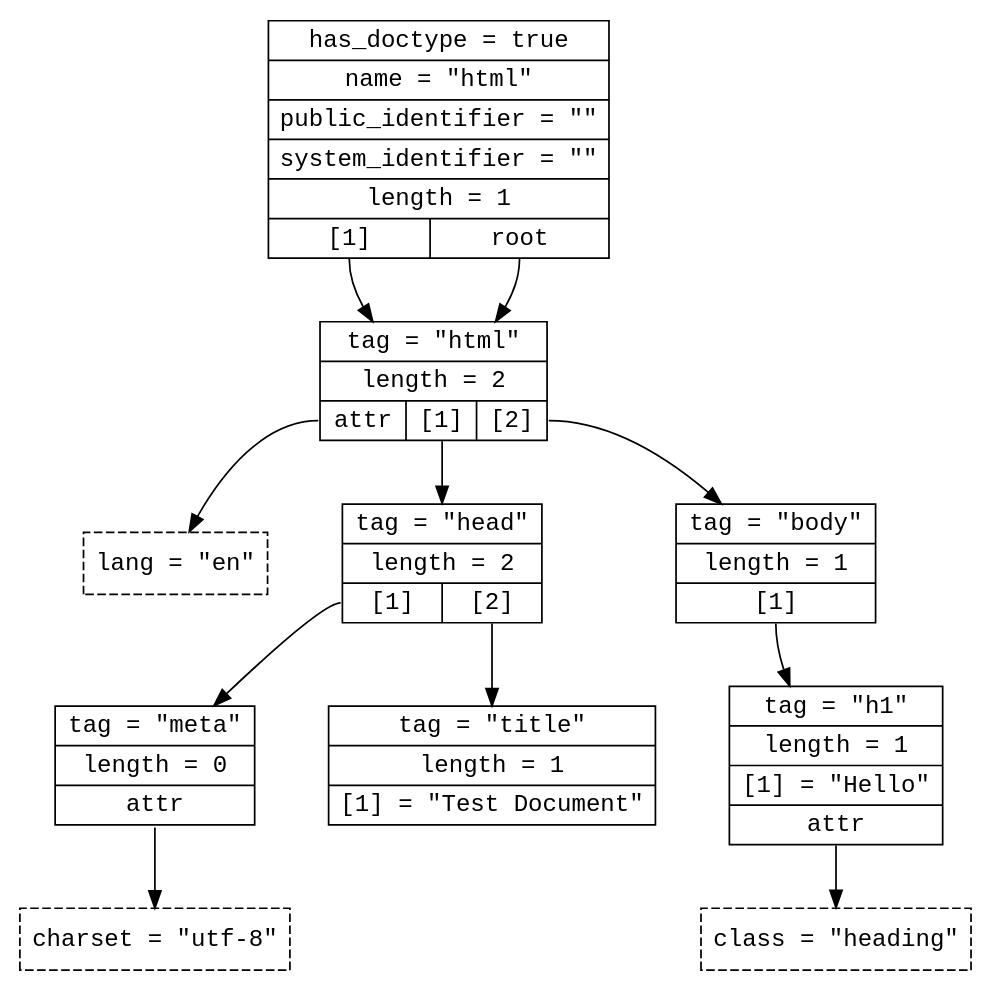
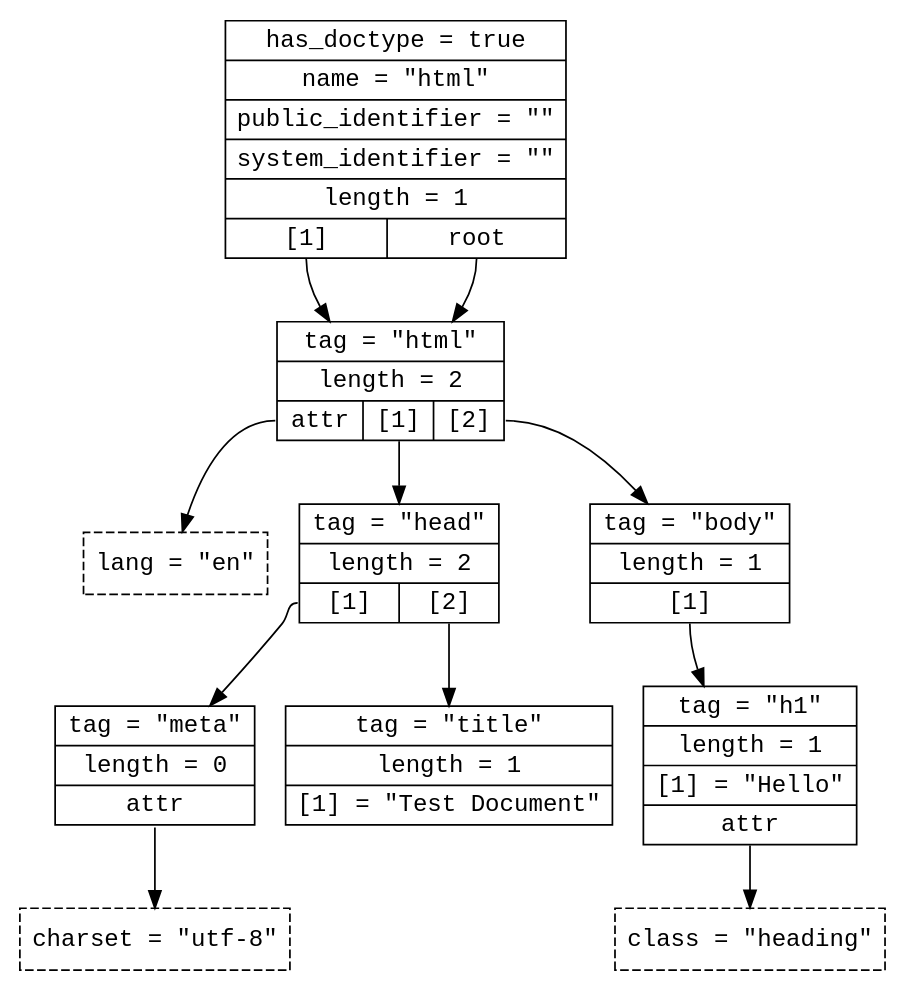
The diagram in examples/graph.dot (craigbarnes/lua-gumbo), drawn with Graphviz before and after one commit.

Commit message:
Clean up graph.dot

```diff
--- a/examples/graph.dot
+++ b/examples/graph.dot
@@ -1,32 +1,29 @@
 // This graph illustrates the parse structure of graph.html
 // To compile, use: dot -T png -o graph.png graph.dot
 // or run "make examples/graph.png" in the base directory
 
 digraph {
-    nodesep=0.6
-    node [shape=record fontname=monospace]
+    node      [shape=record fontname=monospace]
 
-    doc [label="{has_doctype = true|name = \"html\"|public_identifier = \"\"|system_identifier = \"\"|length = 1|{<i1>[1]|<root>root}}"]
-    html [label="{tag = \"html\"|length = 2|{<attr>attr|<1>[1]|<2>[2]}}"]
+    doc       [label="{has_doctype = true|name = \"html\"|public_identifier = \"\"|system_identifier = \"\"|length = 1|{<1>[1]|<root>root}}"]
+    html      [label="{tag = \"html\"|length = 2|{<attr>attr|<1>[1]|<2>[2]}}"]
     attr_html [label="{lang = \"en\"}" style=dashed]
+    head      [label="{tag = \"head\"|length = 2|{<1>[1]|<2>[2]}}"]
+    title     [label="{tag = \"title\"|length = 1|<1>[1] = \"Test Document\"}"]
+    meta      [label="{tag = \"meta\"|length = 0|<attr>attr}"]
+    attr_meta [label="{charset = \"utf-8\"}" style=dashed]
+    body      [label="{tag = \"body\"|length = 1|{<1>[1]}}"]
+    h1        [label="{tag = \"h1\"|length = 1|[1] = \"Hello\"|<attr>attr}"]
+    attr_h1   [label="{class = \"heading\"}" style=dashed]
 
-    head [label="{tag = \"head\"|length = 2|{<1>[1]|<2>[2]}}"]
-    title [label="{tag = \"title\"|length = 1|<1>[1] = \"Test Document\"}"]
-    meta [label="{tag = \"meta\"|length = 0|<attr>attr}"]
-    attr_meta [label="{charset = \"utf-8\"}" style=dashed]
-
-    body [label="{tag = \"body\"|length = 1|{<1>[1]}}"]
-    h1 [label="{tag = \"h1\"|length = 1|[1] = \"Hello\"|<attr>attr}"]
-    attr_h1 [label="{class = \"heading\"}" style=dashed]
-
-    "doc":root -> html
-    "doc":i1 -> html
-    "html":attr -> attr_html
-    "html":1 -> head
-    "html":2 -> body
-    "head":1 -> meta
-    "head":2 -> title
-    "meta":attr -> attr_meta
-    "body":1 -> h1
-    "h1":attr -> attr_h1
+    doc:root  -> html
+    doc:1     -> html
+    html:attr -> attr_html
+    html:1    -> head
+    html:2    -> body
+    head:1    -> meta
+    head:2    -> title
+    meta:attr -> attr_meta
+    body:1    -> h1
+    h1:attr   -> attr_h1
 }
```
